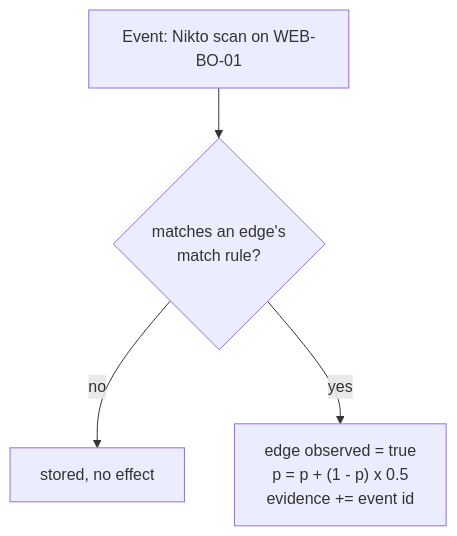
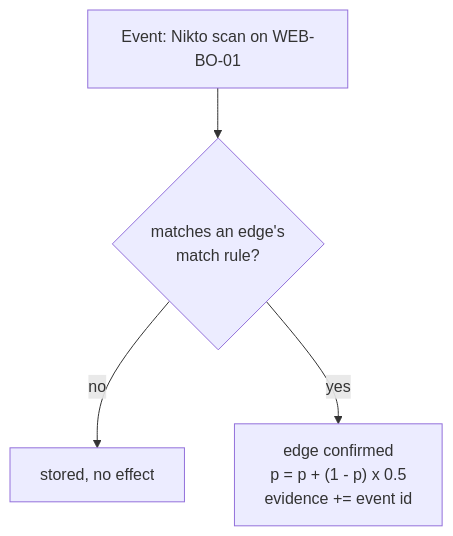
Before and after one commit to Datum-Collective/Paladin: the second of 8 diagrams in HOW_IT_WORKS.md, drawn with Mermaid. The commit also changed other lines of this file, not shown here.

````diff
--- a/HOW_IT_WORKS.md
+++ b/HOW_IT_WORKS.md
@@ -32,6 +42,6 @@
 ```mermaid
 flowchart TD
     E["Event: Nikto scan on WEB-BO-01"] --> M{"matches an edge's<br/>match rule?"}
     M -- no --> X[stored, no effect]
-    M -- yes --> U["edge observed = true<br/>p = p + (1 - p) x 0.5<br/>evidence += event id"]
+    M -- yes --> U["edge confirmed<br/>p = p + (1 - p) x 0.5<br/>evidence += event id"]
 ```
````
